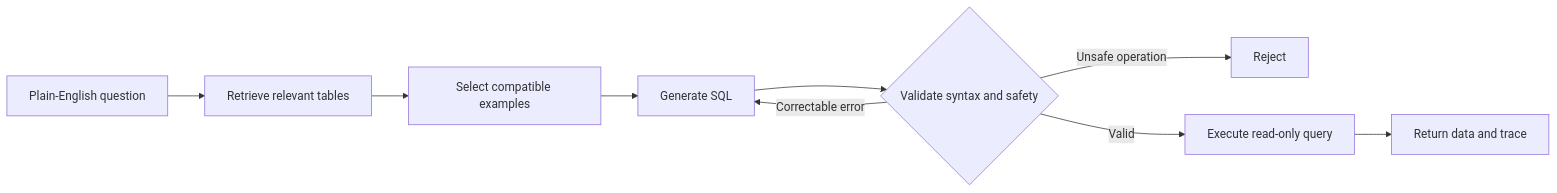
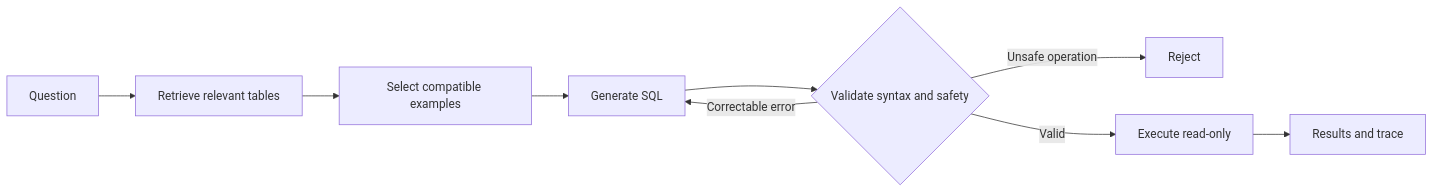
Before and after one commit to Wilhelmvsop/Text2SQL-agent: the diagram in README.md, drawn with Mermaid. The commit also changed other lines of this file and 43 other files, not shown here.

````diff
--- a/README.md
+++ b/README.md
@@ -44,11 +54,11 @@
 ```mermaid
 flowchart LR
-    A[Plain-English question] --> B[Retrieve relevant tables]
+    A[Question] --> B[Retrieve relevant tables]
     B --> C[Select compatible examples]
     C --> D[Generate SQL]
     D --> E{Validate syntax and safety}
     E -->|Correctable error| D
     E -->|Unsafe operation| F[Reject]
-    E -->|Valid| G[Execute read-only query]
-    G --> H[Return data and trace]
+    E -->|Valid| G[Execute read-only]
+    G --> H[Results and trace]
 ```
````
